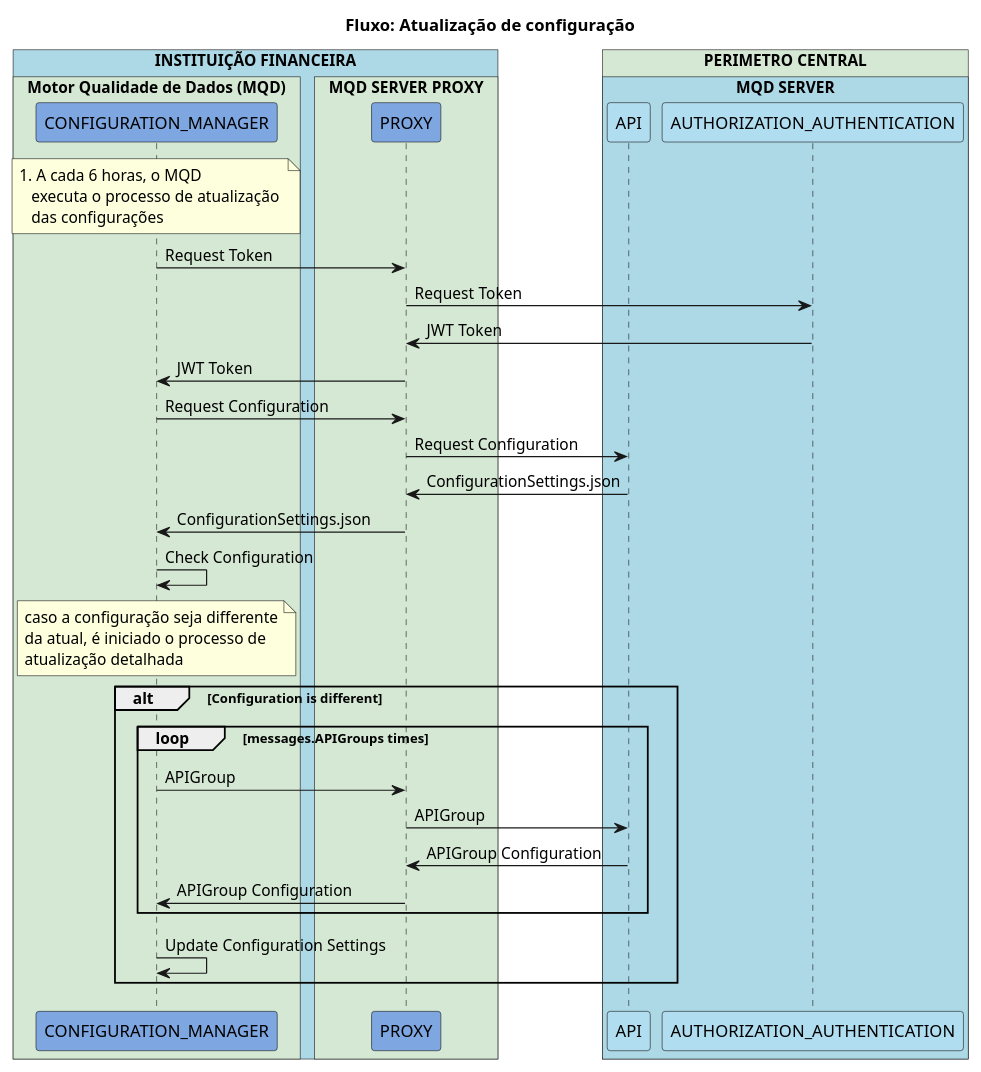
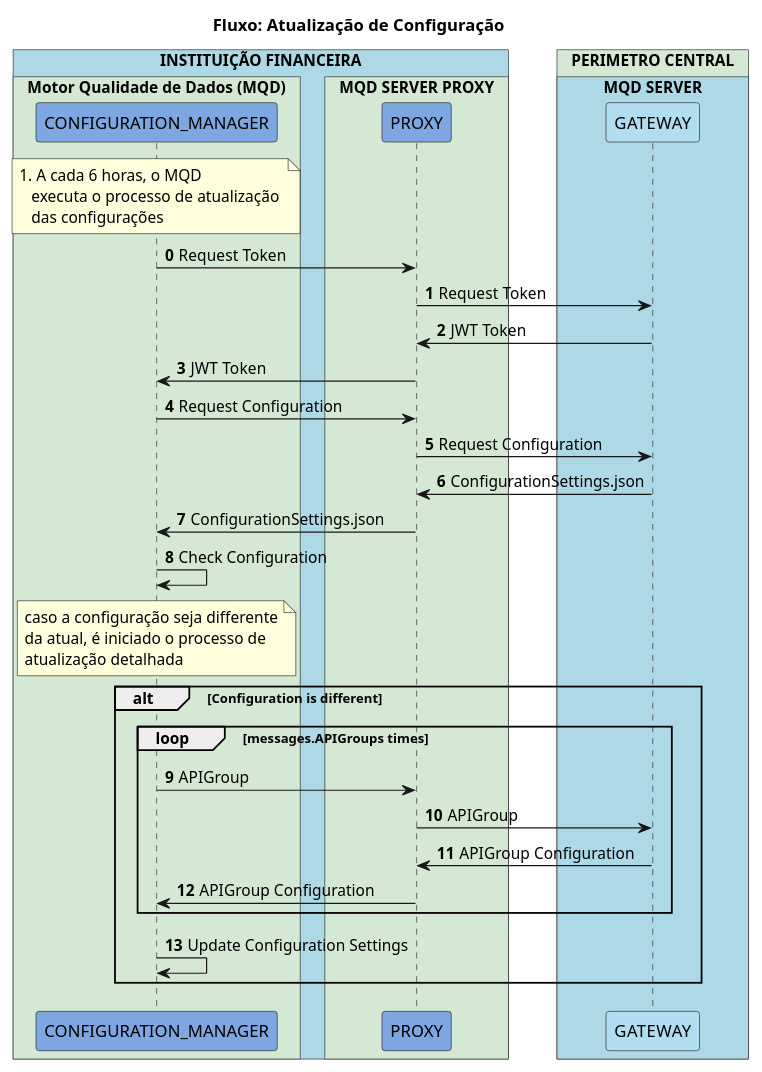
One commit to OpenBanking-Brasil/mqd-client changed the diagram in docs/Arquitetura/desenhos/fluxo_atualizacao_configuracao.puml. Above: the diagram before and after it, drawn with PlantUML. The commit also changed 9 other files, not shown here.

Commit message:
Architecture documentation was updated

```diff
--- a/docs/Arquitetura/desenhos/fluxo_atualizacao_configuracao.puml
+++ b/docs/Arquitetura/desenhos/fluxo_atualizacao_configuracao.puml
@@ -1,57 +1,57 @@
 @startuml
-title Fluxo: Atualização de configuração
+title Fluxo: Atualização de Configuração
 
 !pragma teoz true
 box "INSTITUIÇÃO FINANCEIRA" #LightBlue
    box "Motor Qualidade de Dados (MQD)" #D5E8D4
      participant CONFIGURATION_MANAGER #7EA6E0
    end box
    box "MQD SERVER PROXY" #D5E8D4
      participant PROXY #7EA6E0
    end box
 end box
 
 box "PERIMETRO CENTRAL" #D5E8D4
    box "MQD SERVER" #LightBlue
-     participant API #B1DDF0
-     participant AUTHORIZATION_AUTHENTICATION #B1DDF0
+     participant GATEWAY #B1DDF0
    end box
 end box
 
 note over CONFIGURATION_MANAGER 
    1. A cada 6 horas, o MQD
       executa o processo de atualização 
       das configurações
 end note
 
+autonumber 0
 CONFIGURATION_MANAGER -> PROXY: Request Token
-PROXY -> AUTHORIZATION_AUTHENTICATION: Request Token
-AUTHORIZATION_AUTHENTICATION -> PROXY: JWT Token
+PROXY -> GATEWAY: Request Token
+GATEWAY -> PROXY: JWT Token
 PROXY -> CONFIGURATION_MANAGER: JWT Token
 
 
 CONFIGURATION_MANAGER -> PROXY : Request Configuration
-PROXY -> API : Request Configuration
-API -> PROXY: ConfigurationSettings.json
+PROXY -> GATEWAY : Request Configuration
+GATEWAY -> PROXY: ConfigurationSettings.json
 PROXY -> CONFIGURATION_MANAGER: ConfigurationSettings.json
 
 CONFIGURATION_MANAGER -> CONFIGURATION_MANAGER: Check Configuration
 
 note over CONFIGURATION_MANAGER 
    caso a configuração seja differente
    da atual, é iniciado o processo de 
    atualização detalhada
 end note
 
 alt Configuration is different
    loop messages.APIGroups times
       CONFIGURATION_MANAGER -> PROXY: APIGroup
-      PROXY -> API: APIGroup
-      API -> PROXY :APIGroup Configuration
+      PROXY -> GATEWAY: APIGroup
+      GATEWAY -> PROXY :APIGroup Configuration
       PROXY -> CONFIGURATION_MANAGER :APIGroup Configuration
    end
   
    CONFIGURATION_MANAGER -> CONFIGURATION_MANAGER : Update Configuration Settings
 
 end
-@enduml 
+@enduml
```
